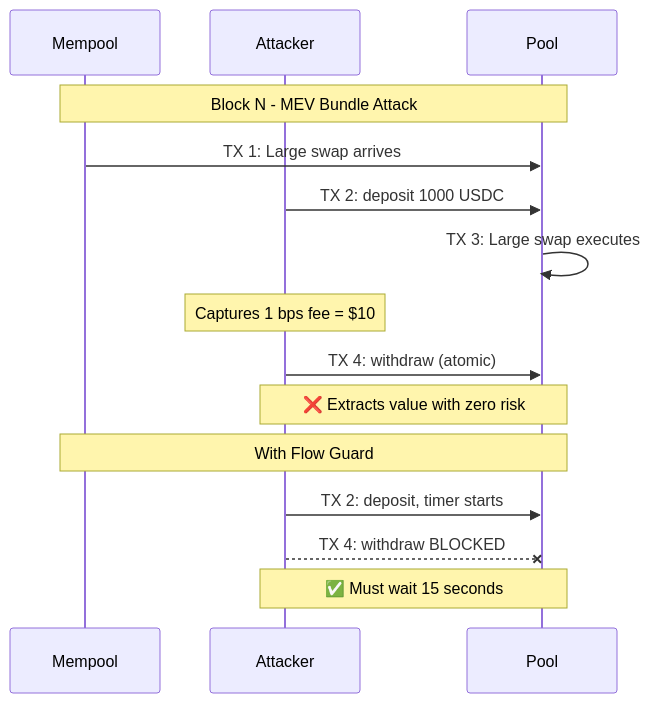
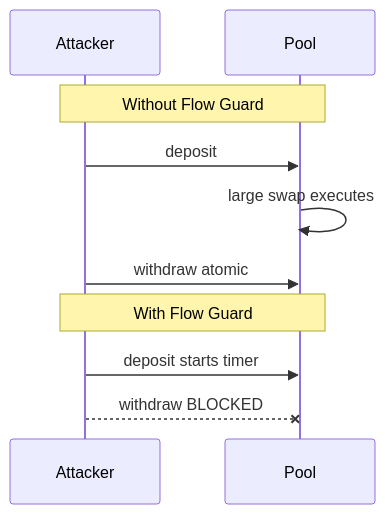
Before and after one commit to btr-protocol/dex: the third of 9 diagrams in docs/3. Security/3.4. Flow Guards.md, drawn with Mermaid. The commit also changed other lines of this file and 27 other files, not shown here.

````diff
--- a/docs/3. Security/3.4. Flow Guards.md
+++ b/docs/3. Security/3.4. Flow Guards.md
@@ -126,19 +122,14 @@
 ```mermaid
 sequenceDiagram
-    participant Mempool
     participant Attacker
     participant Pool
 
-    Note over Mempool,Pool: Block N - MEV Bundle Attack
-    Mempool->>Pool: TX 1: Large swap arrives
-    Attacker->>Pool: TX 2: deposit 1000 USDC
-    Pool->>Pool: TX 3: Large swap executes
-    Note over Attacker: Captures 1 bps fee = $10
-    Attacker->>Pool: TX 4: withdraw (atomic)
-    Note over Attacker,Pool: ❌ Extracts value with zero risk
+    Note over Attacker,Pool: Without Flow Guard
+    Attacker->>Pool: deposit
+    Pool->>Pool: large swap executes
+    Attacker->>Pool: withdraw atomic
 
-    Note over Mempool,Pool: With Flow Guard
-    Attacker->>Pool: TX 2: deposit, timer starts
-    Attacker--xPool: TX 4: withdraw BLOCKED
-    Note over Attacker,Pool: ✅ Must wait 15 seconds
+    Note over Attacker,Pool: With Flow Guard
+    Attacker->>Pool: deposit starts timer
+    Attacker--xPool: withdraw BLOCKED
 ```
````
